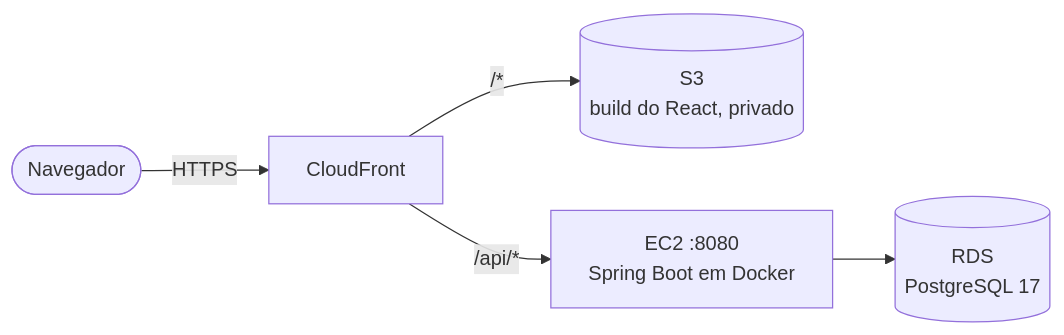
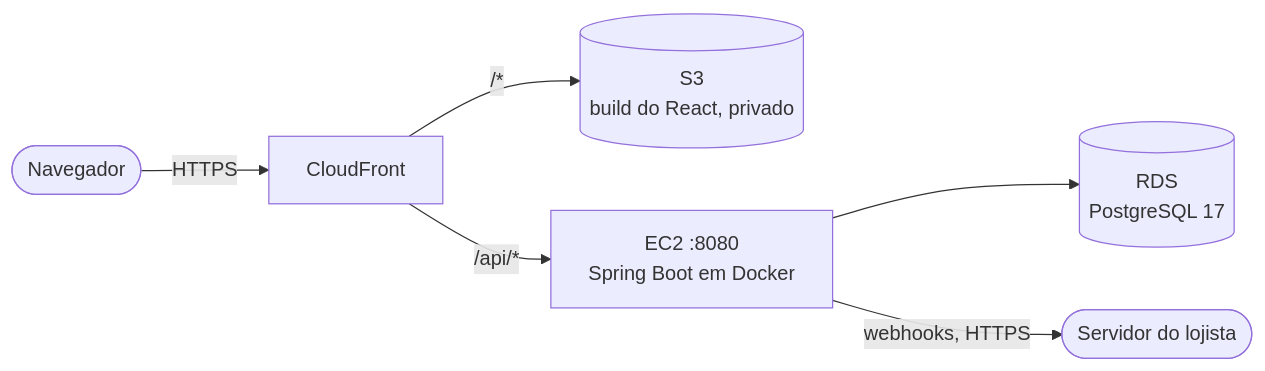
Before and after one commit to lucasjosee/payment-gateway: the first of 3 diagrams in README.md, drawn with Mermaid. The commit also changed other lines of this file, not shown here.

````diff
--- a/README.md
+++ b/README.md
@@ -17,7 +19,8 @@
 ```mermaid
 flowchart LR
     browser([Navegador]) -->|HTTPS| cloudfront[CloudFront]
     cloudfront -->|"/*"| s3[("S3<br/>build do React, privado")]
     cloudfront -->|"/api/*"| ec2["EC2 :8080<br/>Spring Boot em Docker"]
     ec2 --> rds[("RDS<br/>PostgreSQL 17")]
+    ec2 -->|"webhooks, HTTPS"| merchant([Servidor do lojista])
 ```
````
